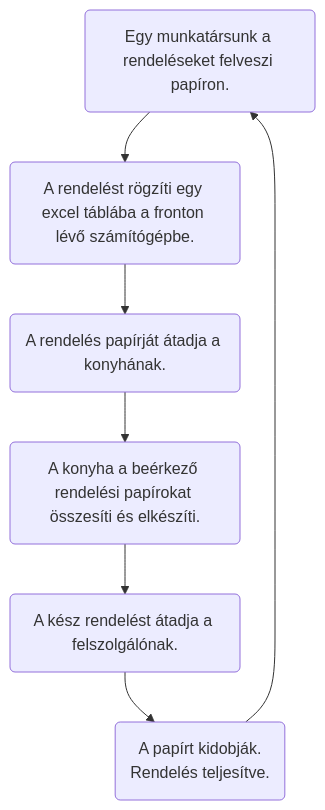
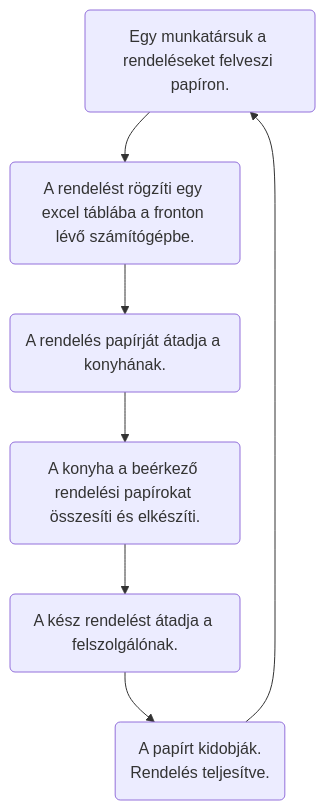
Before and after one commit to rozsanikolett/zsanng: the first of 2 diagrams in KövSpec.md, drawn with Mermaid. The commit also changed other lines of this file, not shown here.

````diff
--- a/KövSpec.md
+++ b/KövSpec.md
@@ -32,15 +32,15 @@
 ```mermaid
 flowchart TD;
-A("Egy munkatársunk a rendeléseket felveszi papíron.");
+A("Egy munkatársuk a rendeléseket felveszi papíron.");
 B("A rendelést rögzíti egy excel táblába a fronton lévő számítógépbe.");
 C("A rendelés papírját átadja a konyhának.");
 D("A konyha a beérkező rendelési papírokat összesíti és elkészíti.");
 E("A kész rendelést átadja a felszolgálónak.");
 F("A papírt kidobják.\nRendelés teljesítve.");
 A-->B;
 B-->C;
 C-->D;
 D-->E;
 E-->F;
 F-->A;
 ```
````
